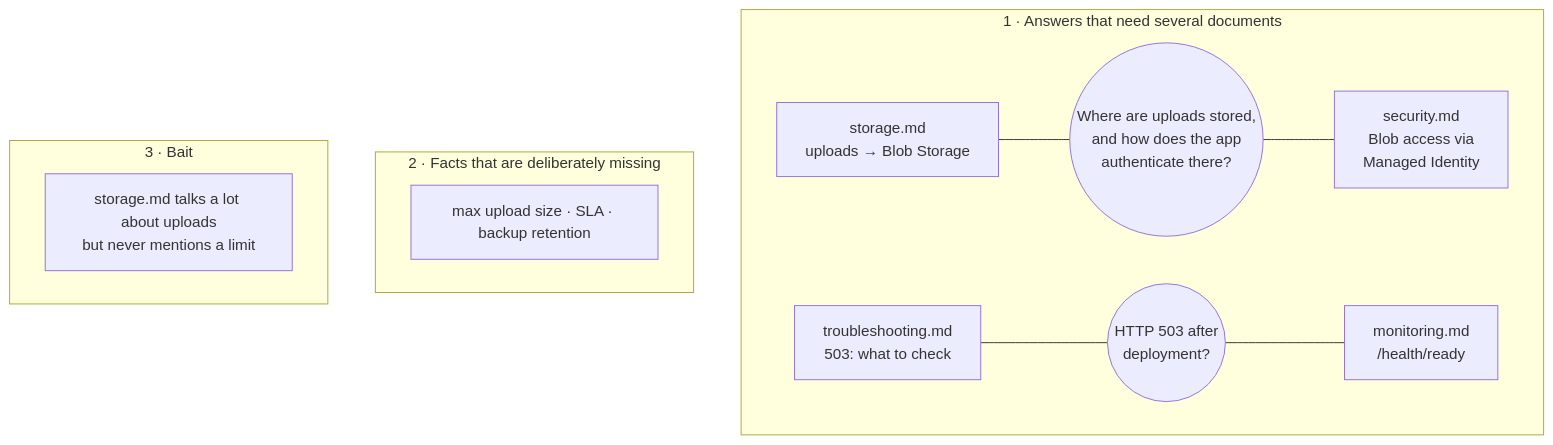
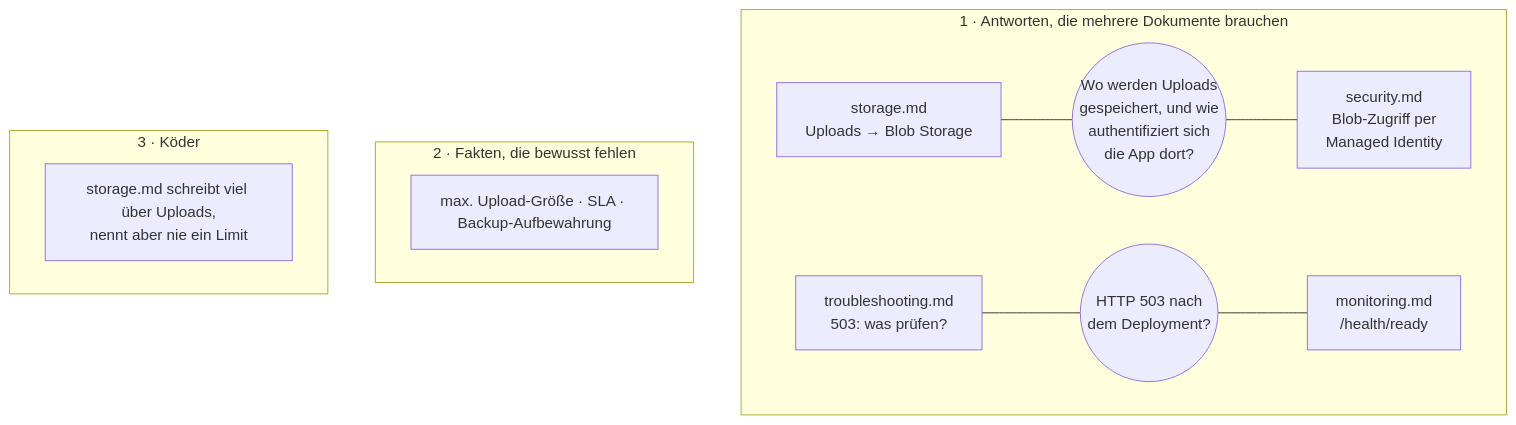
Before and after one commit to MyOnlineRepo/RAG-API: the sixth of 9 diagrams in README.md, drawn with Mermaid. The commit also changed other lines of this file, not shown here.

````diff
--- a/README.md
+++ b/README.md
@@ -178,14 +178,14 @@
 ```mermaid
 flowchart TB
-    subgraph split["1 · Answers that need several documents"]
+    subgraph split["1 · Antworten, die mehrere Dokumente brauchen"]
         direction LR
-        S1["storage.md<br/>uploads → Blob Storage"] --- Q1(("Where are uploads stored,<br/>and how does the app<br/>authenticate there?")) --- S2["security.md<br/>Blob access via<br/>Managed Identity"]
-        T1["troubleshooting.md<br/>503: what to check"] --- Q2(("HTTP 503 after<br/>deployment?")) --- T2["monitoring.md<br/>/health/ready"]
+        S1["storage.md<br/>Uploads → Blob Storage"] --- Q1(("Wo werden Uploads<br/>gespeichert, und wie<br/>authentifiziert sich<br/>die App dort?")) --- S2["security.md<br/>Blob-Zugriff per<br/>Managed Identity"]
+        T1["troubleshooting.md<br/>503: was prüfen?"] --- Q2(("HTTP 503 nach<br/>dem Deployment?")) --- T2["monitoring.md<br/>/health/ready"]
     end
-    subgraph missing["2 · Facts that are deliberately missing"]
-        M["max upload size · SLA · backup retention"]
+    subgraph missing["2 · Fakten, die bewusst fehlen"]
+        M["max. Upload-Größe · SLA · Backup-Aufbewahrung"]
     end
-    subgraph bait["3 · Bait"]
-        B["storage.md talks a lot about uploads<br/>but never mentions a limit"]
+    subgraph bait["3 · Köder"]
+        B["storage.md schreibt viel über Uploads,<br/>nennt aber nie ein Limit"]
     end
 ```
````
